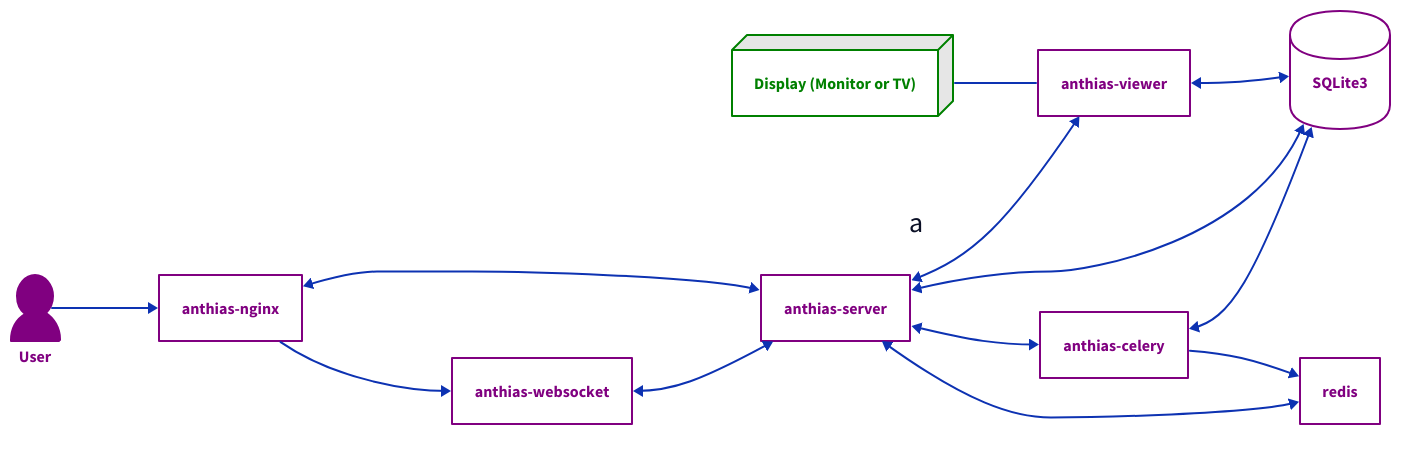
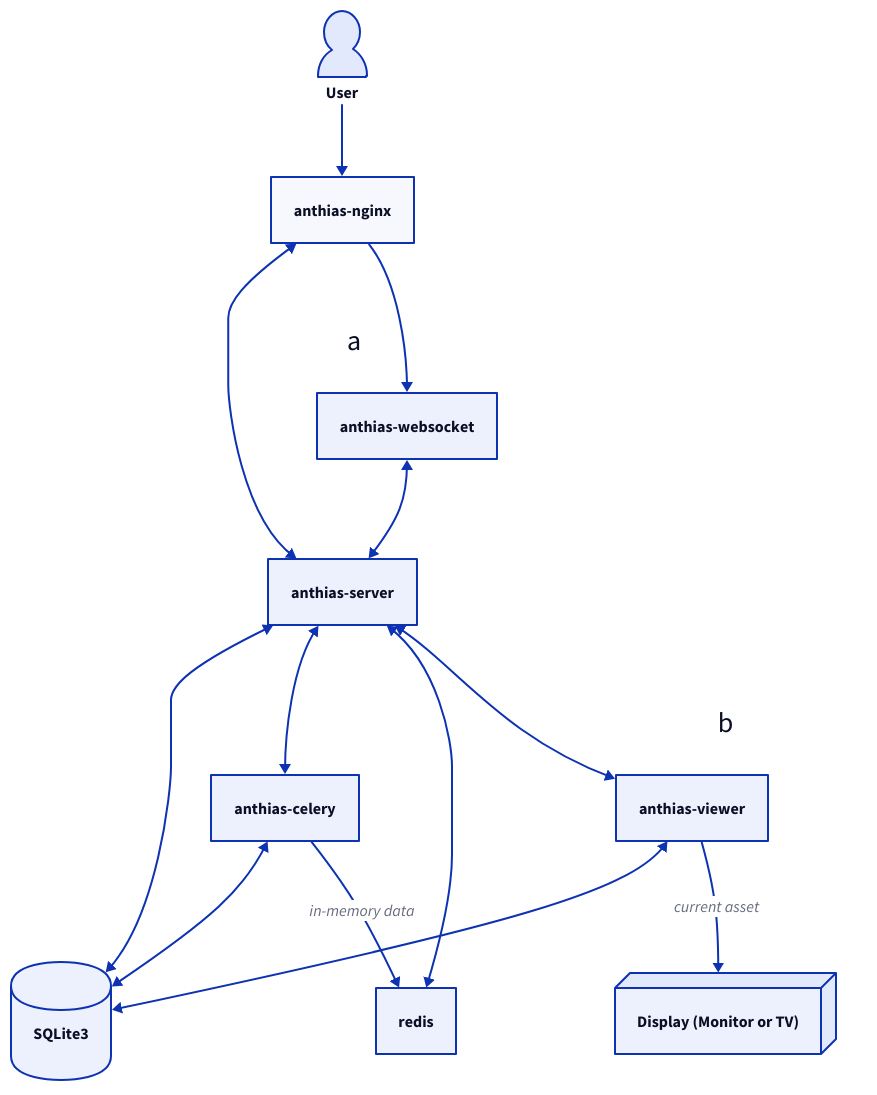
One commit to Screenly/Anthias changed the diagram in docs/d2/anthias-diagram-overview.d2. Above: the diagram before and after it, drawn with D2. The commit also changed 1 other file, not shown here.

Commit message:
Modify D2 diagram source and image.

```diff
--- a/docs/d2/anthias-diagram-overview.d2
+++ b/docs/d2/anthias-diagram-overview.d2
@@ -1,61 +1,55 @@
-direction: right
+direction: down
 
 classes: {
   containers: {
     shape: rectangle
-    style.stroke: purple
-    style.fill: white
-    style.font-color: purple
   }
 }
 
-user: 'User' {
+user: "User" {
   shape: person
-  style.stroke: purple
-  style.fill: purple
-  style.font-color: purple
 }
 
-database: 'SQLite3' {
+database: "SQLite3" {
   shape: cylinder
-  style.stroke: purple
-  style.font-color: purple
-  style.fill: white
 }
 
-display: 'Display (Monitor or TV)' {
+a {
+  label: null
+  style.fill: transparent
+  style.stroke: transparent
+}
+
+b {
+  label: null
+  style.fill: transparent
+  style.stroke: transparent
+}
+
+b.display: "Display (Monitor or TV)" {
   style.3d: true
-  style.stroke: green
-  style.font-color: green
-  style.fill: white
 }
 
 anthias-nginx.class: containers
-anthias-viewer.class: containers
+b.anthias-viewer.class: containers
 a.anthias-server.class: containers
 a.anthias-websocket.class: containers
 a.anthias-celery.class: containers
 a.redis.class: containers
 
 user -> anthias-nginx
 anthias-nginx <-> a.anthias-server
 anthias-nginx -> a.anthias-websocket
 
-a {
-  label: null
-  style.fill: transparent
-  style.stroke: transparent
+a.anthias-server <-> a.anthias-celery
+a.anthias-websocket <-> a.anthias-server
+a.anthias-celery -> a.redis: "in-memory data"
+a.redis <-> a.anthias-server
 
-  anthias-server <-> anthias-celery
-  # anthias-server <-> anthias-websocket
-  anthias-websocket <-> anthias-server
-  anthias-celery -> redis
-  anthias-server <-> redis
-}
+b.anthias-viewer <-> database
 
-anthias-viewer <-> database
-a.anthias-server <-> anthias-viewer
+a.anthias-server <-> b.anthias-viewer
 a.anthias-server <-> database
 a.anthias-celery <-> database
 
-display -- anthias-viewer
+b.anthias-viewer -> b.display: "current asset"
```
